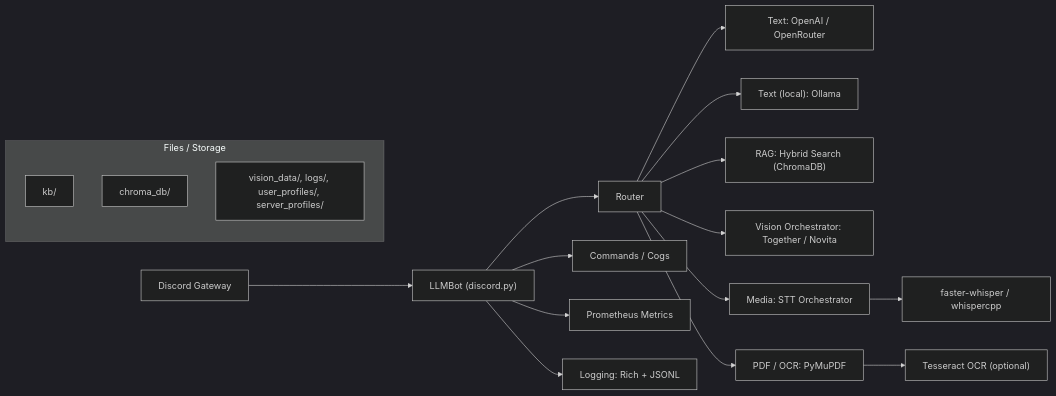
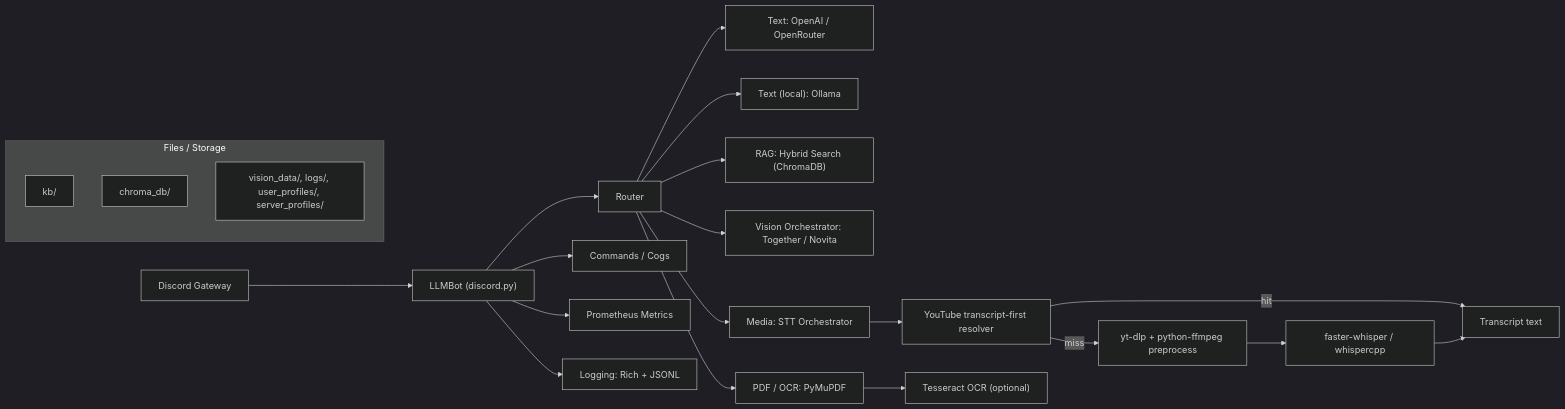
The diagram in README.md (privacydied/discord-llm-chatbot), drawn with Mermaid (dark theme) before and after one commit.

Commit message:
docs(readme): reflect youtube transcript-first stt flow

````diff
--- a/README.md
+++ b/README.md
@@ -32,24 +32,28 @@
 ```mermaid
 flowchart LR
     A[Discord Gateway] --> B["LLMBot (discord.py)"]
     B --> C[Router]
 
     C --> D1[Text: OpenAI / OpenRouter]
     C --> D2["Text (local): Ollama"]
     C --> E["RAG: Hybrid Search (ChromaDB)"]
     C --> F["Vision Orchestrator: Together / Novita"]
     C --> G1[Media: STT Orchestrator]
-    G1 --> G2[faster-whisper / whispercpp]
+    G1 --> GY[YouTube transcript-first resolver]
+    GY -->|hit| GT[Transcript text]
+    GY -->|miss| G3[yt-dlp + python-ffmpeg preprocess]
+    G3 --> G2[faster-whisper / whispercpp]
+    G2 --> GT
     C --> H1["PDF / OCR: PyMuPDF"]
     H1 --> H2["Tesseract OCR (optional)"]
 
     B --> I[Commands / Cogs]
     B --> J[Prometheus Metrics]
     B --> K["Logging: Rich + JSONL"]
 
     subgraph Storage["Files / Storage"]
         L1[kb/]
         L2[chroma_db/]
         L3["vision_data/, logs/, user_profiles/, server_profiles/"]
     end
 ```
````
